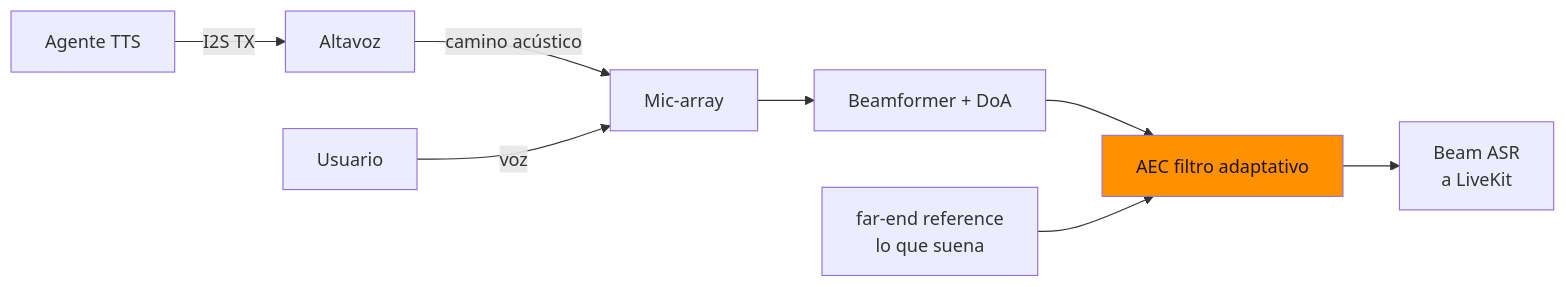
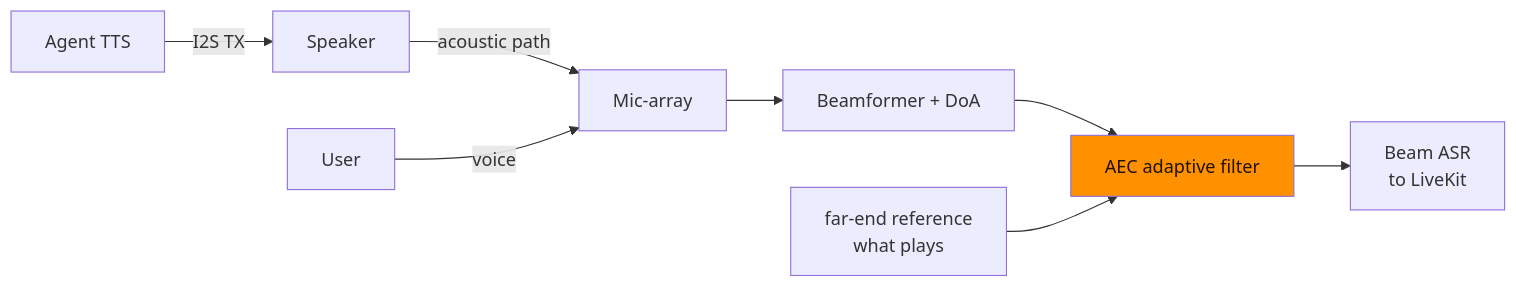
Before and after one commit to Zetesis-Labs/Sebastian: the first of 4 diagrams in blog-1-aec-full-duplex.md, drawn with Mermaid. The commit also changed other lines of this file and 31 other files, not shown here.

````diff
--- a/blog-1-aec-full-duplex.md
+++ b/blog-1-aec-full-duplex.md
@@ -19,11 +19,11 @@
 ```mermaid
 flowchart LR
-    A[Agente TTS] -->|I2S TX| S[Altavoz]
-    S -->|camino acústico| M[Mic-array]
-    U[Usuario] -->|voz| M
+    A[Agent TTS] -->|I2S TX| S[Speaker]
+    S -->|acoustic path| M[Mic-array]
+    U[User] -->|voice| M
     M --> B[Beamformer + DoA]
-    B --> AEC[AEC filtro adaptativo]
-    R[far-end reference<br/>lo que suena] --> AEC
-    AEC --> ASR[Beam ASR<br/>a LiveKit]
+    B --> AEC[AEC adaptive filter]
+    R[far-end reference<br/>what plays] --> AEC
+    AEC --> ASR[Beam ASR<br/>to LiveKit]
     style AEC fill:#ff9000,color:#201306
 ```
````
